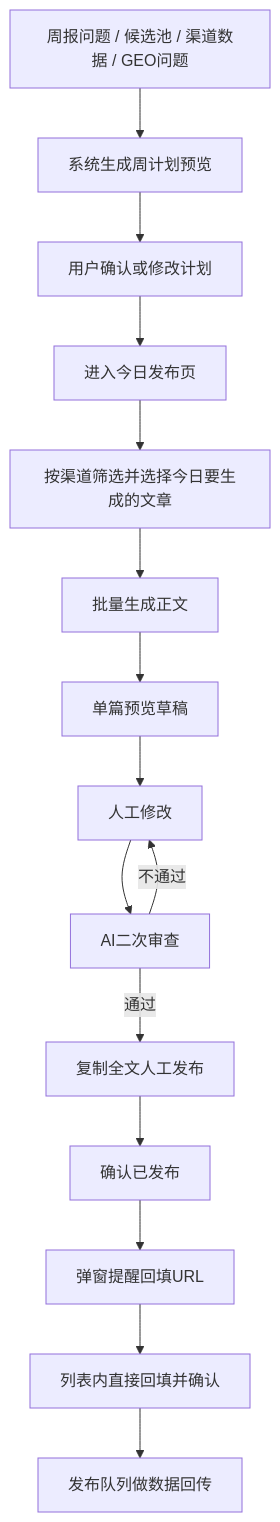
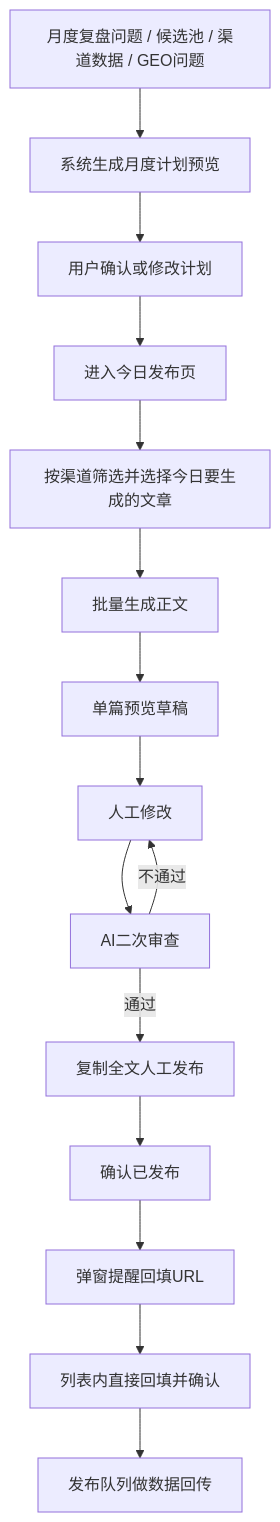
The second of 2 diagrams in docs/content-growth-system-v2-clarifications.md (1736280642-Star/gtm-content-growth-workbench), drawn with Mermaid before and after one commit. The commit also changed other lines of this file and 63 other files, not shown here.

````diff
--- a/docs/content-growth-system-v2-clarifications.md
+++ b/docs/content-growth-system-v2-clarifications.md
@@ -293,17 +283,17 @@
 ```mermaid
 flowchart TD
-  A["周报问题 / 候选池 / 渠道数据 / GEO问题"] --> B["系统生成周计划预览"]
+  A["月度复盘问题 / 候选池 / 渠道数据 / GEO问题"] --> B["系统生成月度计划预览"]
   B --> C["用户确认或修改计划"]
   C --> D["进入今日发布页"]
   D --> E["按渠道筛选并选择今日要生成的文章"]
   E --> F["批量生成正文"]
   F --> G["单篇预览草稿"]
   G --> H["人工修改"]
   H --> I["AI二次审查"]
   I -- "不通过" --> H
   I -- "通过" --> J["复制全文人工发布"]
   J --> K["确认已发布"]
   K --> L["弹窗提醒回填URL"]
   L --> M["列表内直接回填并确认"]
   M --> N["发布队列做数据回传"]
 ```
````
